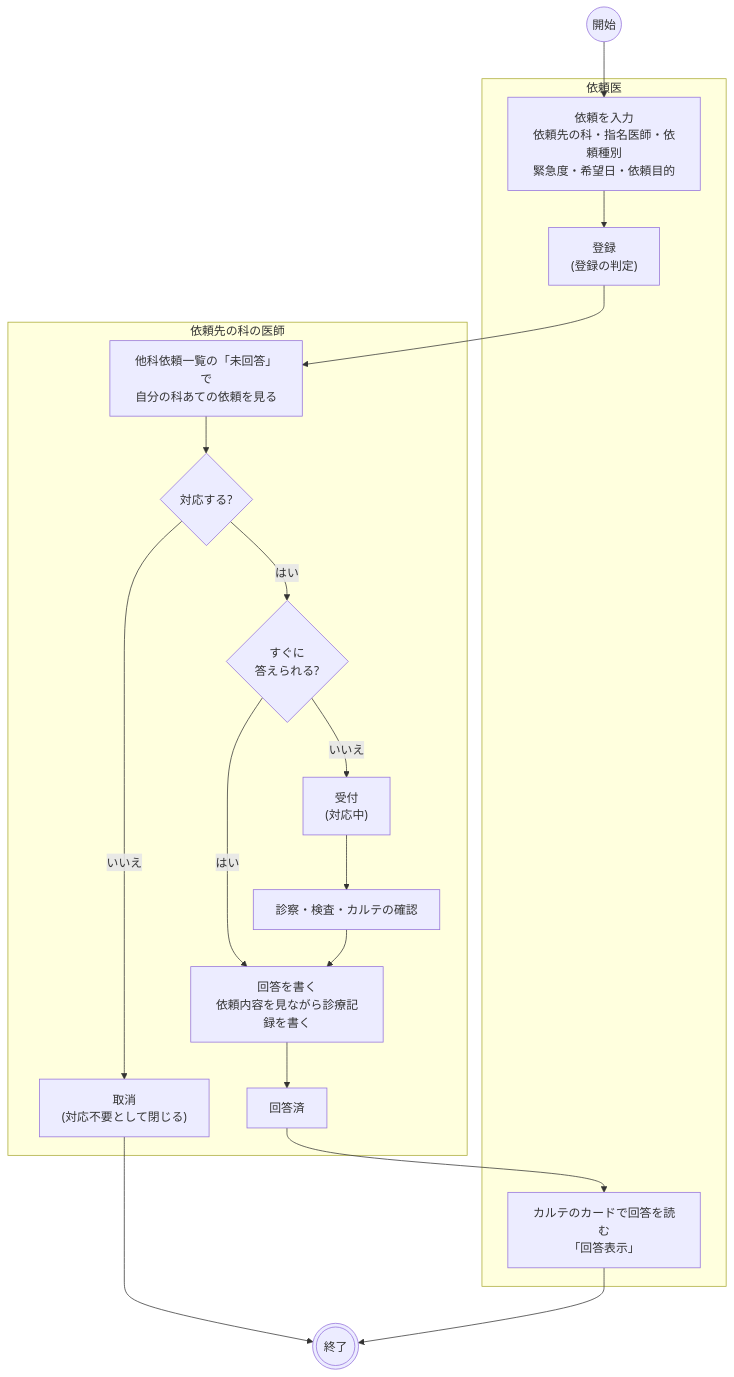
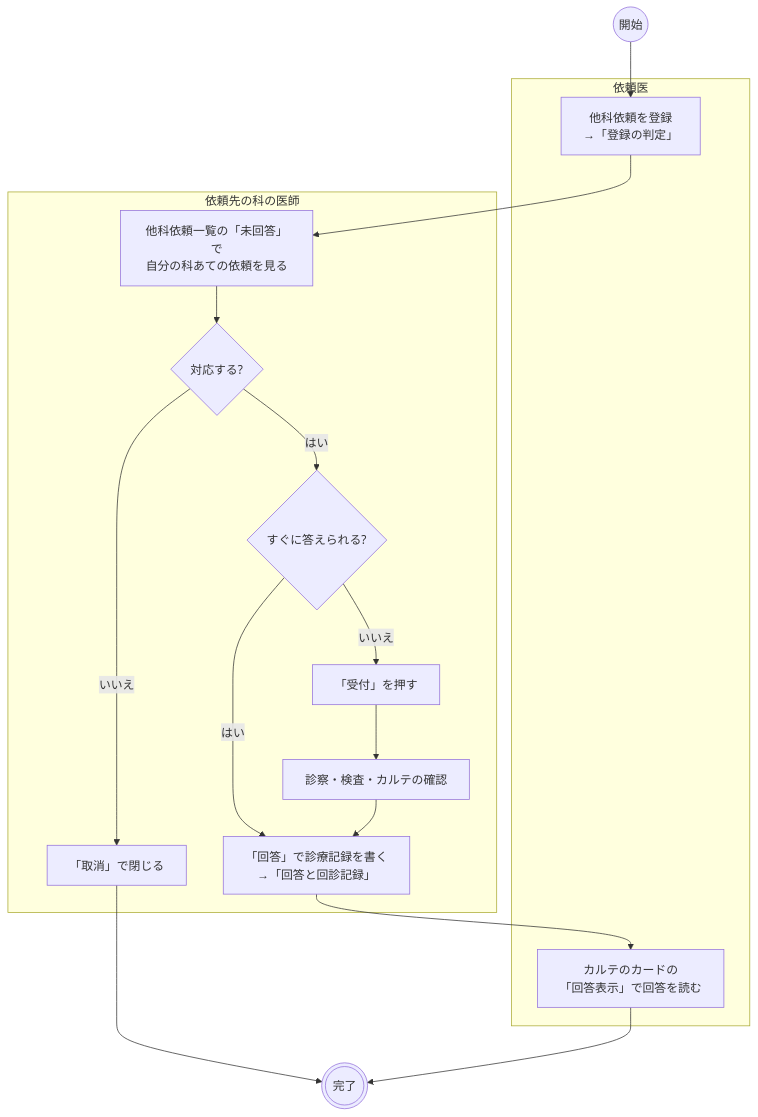
The first of 6 diagrams in docs/flows/consult-team.md (ysnr-dev/fhir-client-docs), drawn with Mermaid before and after one commit. The commit also changed other lines of this file and 43 other files, not shown here.

Commit message:
docs: 業務フローとシーケンス図を写し直し

````diff
--- a/docs/flows/consult-team.md
+++ b/docs/flows/consult-team.md
@@ -56,29 +21,27 @@
 ```mermaid
 flowchart TD
   start(("開始"))
-  finish((("終了")))
+  finish((("完了")))
 
   subgraph doctor["依頼医"]
-    input["依頼を入力<br/>依頼先の科・指名医師・依頼種別<br/>緊急度・希望日・依頼目的"]
-    register["登録<br/>(登録の判定)"]
-    read["カルテのカードで回答を読む<br/>「回答表示」"]
+    input["他科依頼を登録<br/>→「登録の判定」"]
+    read["カルテのカードの<br/>「回答表示」で回答を読む"]
   end
 
   subgraph dept["依頼先の科の医師"]
     list["他科依頼一覧の「未回答」で<br/>自分の科あての依頼を見る"]
     need{"対応する?"}
-    cancel["取消<br/>(対応不要として閉じる)"]
-    accept{"すぐに<br/>答えられる?"}
-    take["受付<br/>(対応中)"]
+    cancel["「取消」で閉じる"]
+    accept{"すぐに答えられる?"}
+    take["「受付」を押す"]
     exam["診察・検査・カルテの確認"]
-    reply["回答を書く<br/>依頼内容を見ながら診療記録を書く"]
-    done["回答済"]
+    reply["「回答」で診療記録を書く<br/>→「回答と回診記録」"]
   end
 
-  start --> input --> register --> list --> need
+  start --> input --> list --> need
   need -- "いいえ" --> cancel --> finish
   need -- "はい" --> accept
   accept -- "はい" --> reply
   accept -- "いいえ" --> take --> exam --> reply
-  reply --> done --> read --> finish
+  reply --> read --> finish
 ```
````
